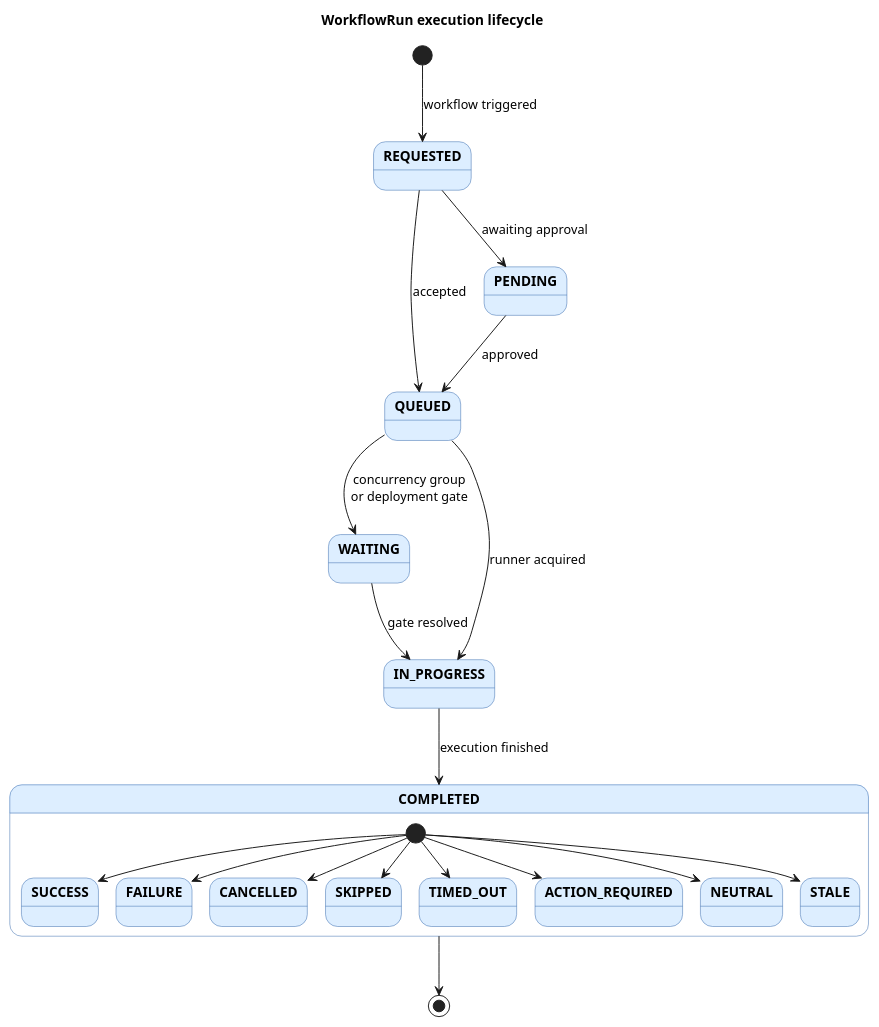
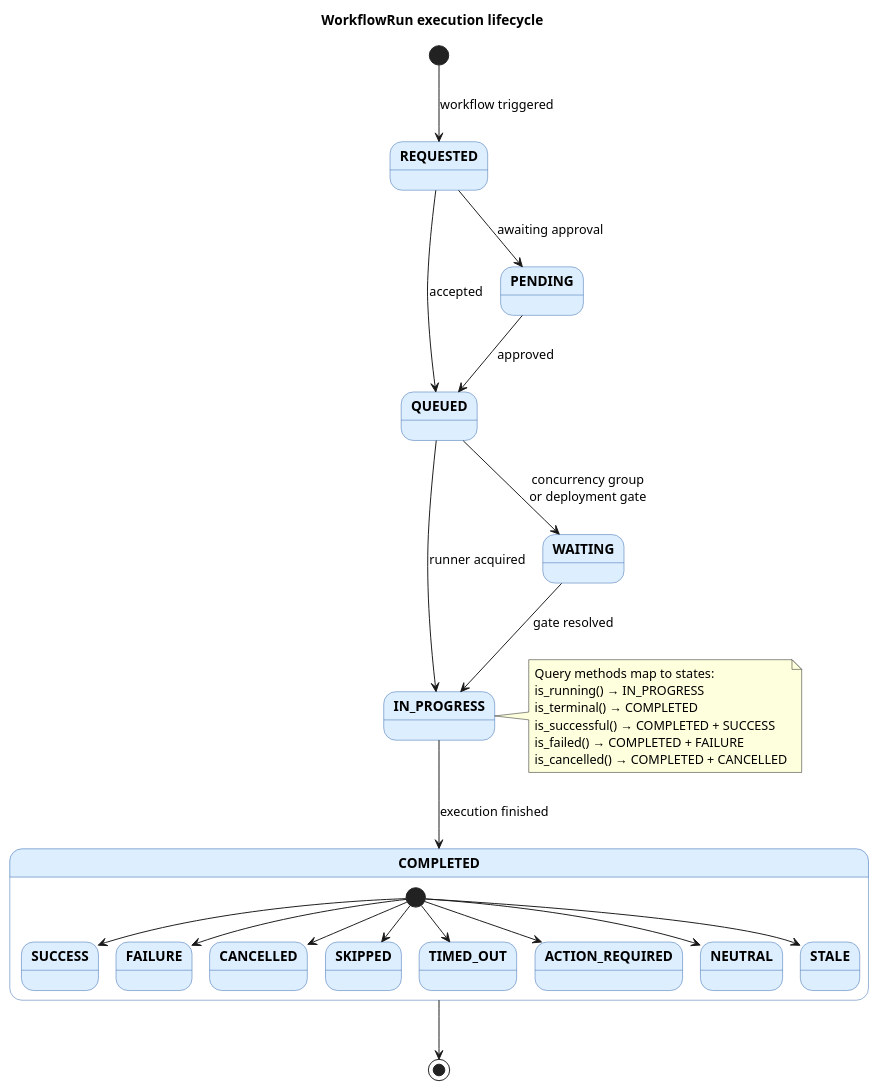
Before and after one commit to DanielRiha8906/Software_autoevolution_using_agents: the diagram in experiments/pipeline/test_driven/github-workflow-manager/artifacts/state_diagram_workflow_execution.puml, drawn with PlantUML. The commit also changed 5 other files, not shown here.

```diff
--- a/experiments/pipeline/test_driven/github-workflow-manager/artifacts/state_diagram_workflow_execution.puml
+++ b/experiments/pipeline/test_driven/github-workflow-manager/artifacts/state_diagram_workflow_execution.puml
@@ -1,38 +1,47 @@
 @startuml state_diagram_workflow_execution
 
 title WorkflowRun execution lifecycle
 
 skinparam state {
   BackgroundColor #DDEEFF
   BorderColor #3366AA
   FontStyle bold
 }
 
 [*] --> REQUESTED : workflow triggered
 
 REQUESTED --> QUEUED   : accepted
 REQUESTED --> PENDING  : awaiting approval
 
 PENDING   --> QUEUED   : approved
 
 QUEUED    --> WAITING    : concurrency group\nor deployment gate
 QUEUED    --> IN_PROGRESS : runner acquired
 
 WAITING   --> IN_PROGRESS : gate resolved
 
 state COMPLETED {
   [*] --> SUCCESS
   [*] --> FAILURE
   [*] --> CANCELLED
   [*] --> SKIPPED
   [*] --> TIMED_OUT
   [*] --> ACTION_REQUIRED
   [*] --> NEUTRAL
   [*] --> STALE
 }
 
 IN_PROGRESS --> COMPLETED : execution finished
 
 COMPLETED --> [*]
 
+note right of IN_PROGRESS
+  Query methods map to states:
+  is_running() → IN_PROGRESS
+  is_terminal() → COMPLETED
+  is_successful() → COMPLETED + SUCCESS
+  is_failed() → COMPLETED + FAILURE
+  is_cancelled() → COMPLETED + CANCELLED
+end note
+
 @enduml
```
